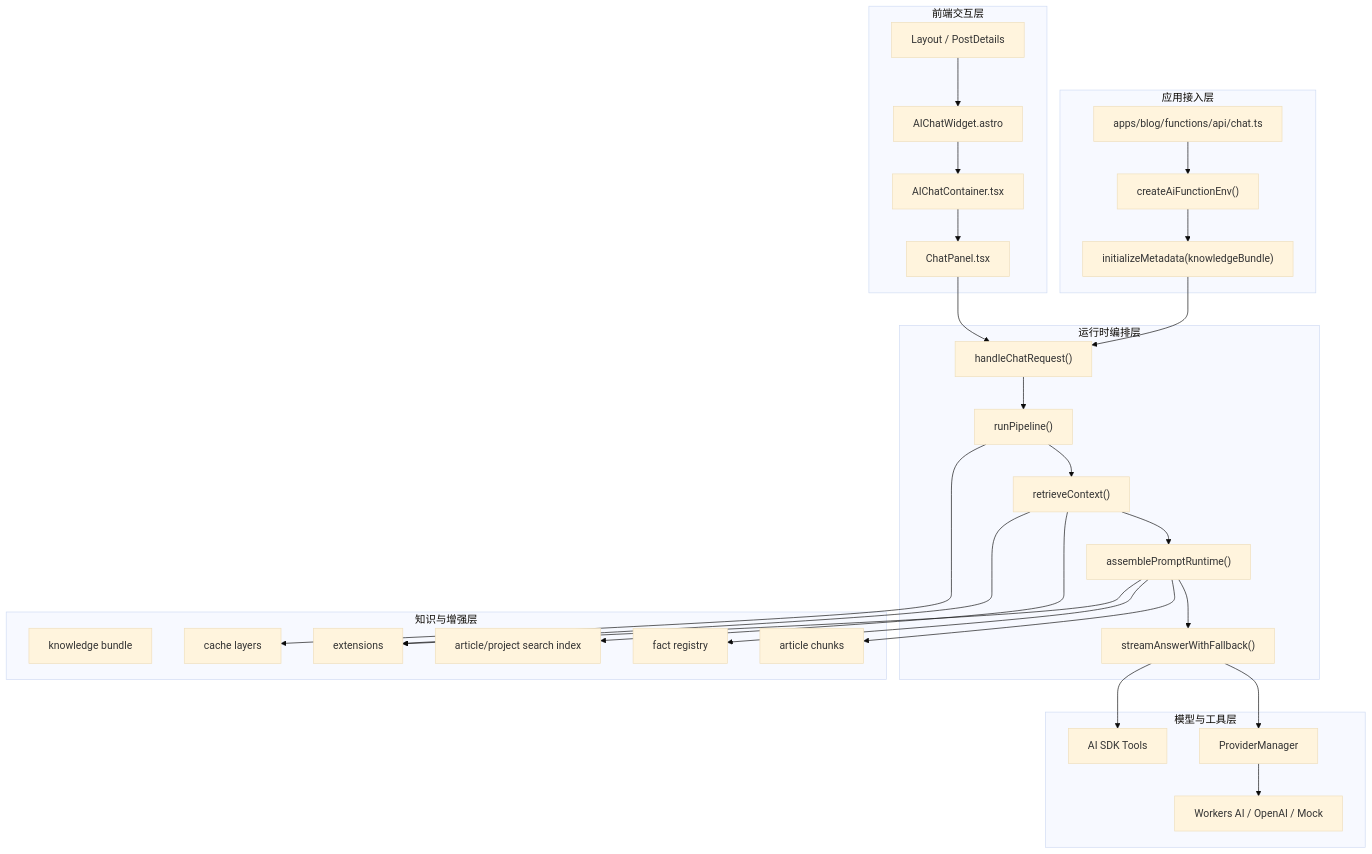
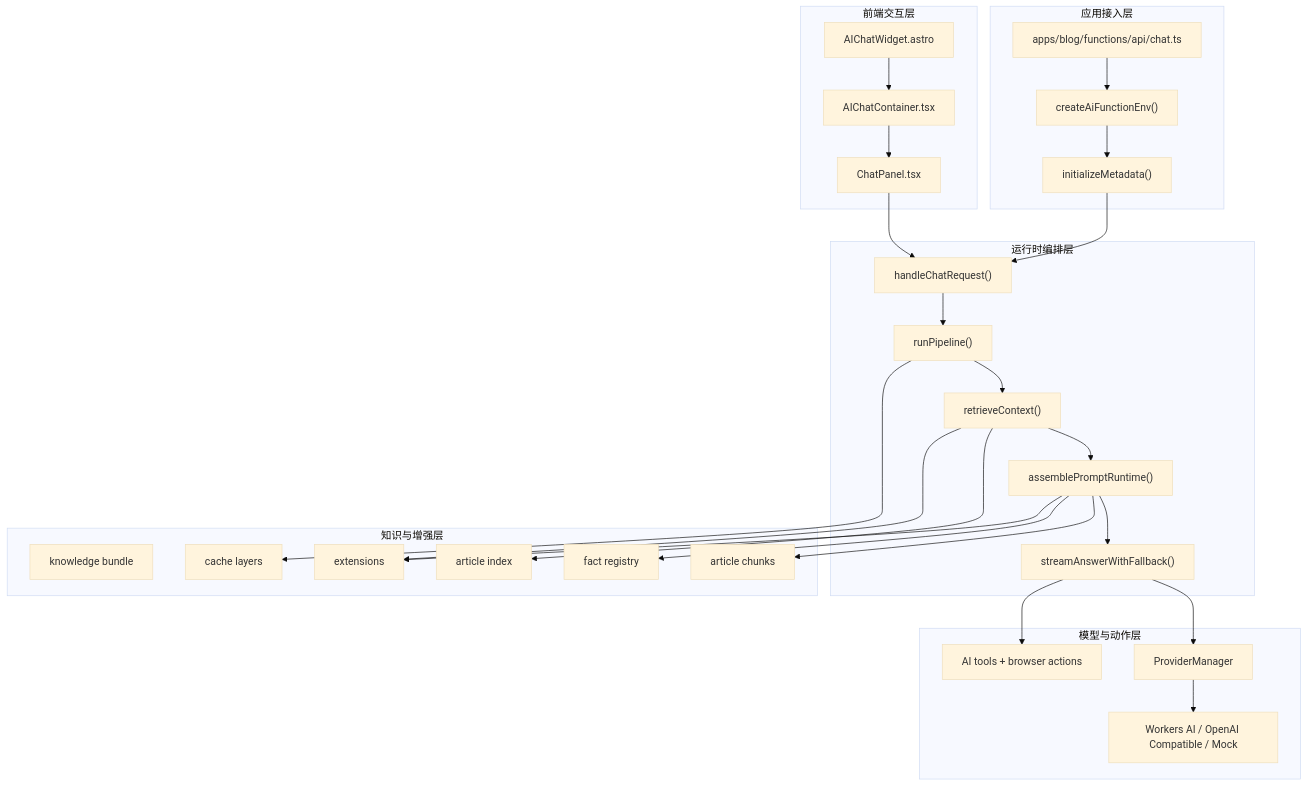
Before and after one commit to souloss/astro-minblog: the first of 12 diagrams in apps/blog/src/data/blog/zh/ai-module-architecture.md, drawn with Mermaid (base theme). The commit also changed other lines of this file and 40 other files, not shown here.

````diff
--- a/apps/blog/src/data/blog/zh/ai-module-architecture.md
+++ b/apps/blog/src/data/blog/zh/ai-module-architecture.md
@@ -182,50 +25,49 @@
 ```mermaid
 flowchart TB
     subgraph App["应用接入层"]
         A1["apps/blog/functions/api/chat.ts"]
         A2["createAiFunctionEnv()"]
-        A3["initializeMetadata(knowledgeBundle)"]
+        A3["initializeMetadata()"]
     end
 
     subgraph UI["前端交互层"]
-        U1["Layout / PostDetails"]
-        U2["AIChatWidget.astro"]
-        U3["AIChatContainer.tsx"]
-        U4["ChatPanel.tsx"]
+        U1["AIChatWidget.astro"]
+        U2["AIChatContainer.tsx"]
+        U3["ChatPanel.tsx"]
     end
 
     subgraph Runtime["运行时编排层"]
         R1["handleChatRequest()"]
         R2["runPipeline()"]
         R3["retrieveContext()"]
         R4["assemblePromptRuntime()"]
         R5["streamAnswerWithFallback()"]
     end
 
     subgraph Knowledge["知识与增强层"]
         K1["knowledge bundle"]
-        K2["article/project search index"]
+        K2["article index"]
         K3["article chunks"]
         K4["fact registry"]
         K5["extensions"]
         K6["cache layers"]
     end
 
-    subgraph Model["模型与工具层"]
+    subgraph Model["模型与动作层"]
         M1["ProviderManager"]
-        M2["Workers AI / OpenAI / Mock"]
-        M3["AI SDK Tools"]
+        M2["Workers AI / OpenAI Compatible / Mock"]
+        M3["AI tools + browser actions"]
     end
 
     A1 --> A2 --> A3 --> R1
-    U1 --> U2 --> U3 --> U4 --> R1
+    U1 --> U2 --> U3 --> R1
     R1 --> R2 --> R3 --> R4 --> R5
     R3 --> K2
     R4 --> K3
     R4 --> K4
     R3 --> K5
     R4 --> K5
     R2 --> K6
     R5 --> M1 --> M2
     R5 --> M3
 ```
````
